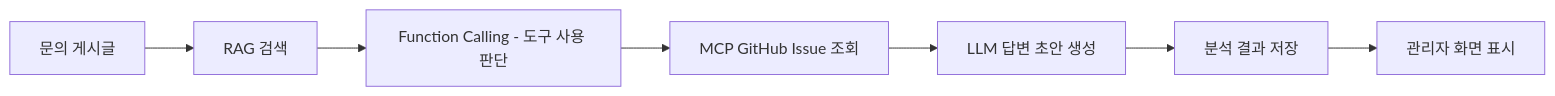
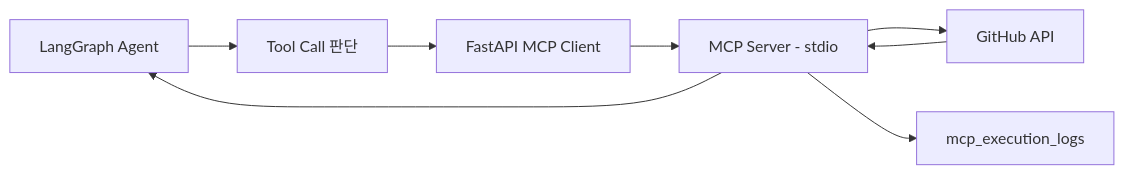
One commit to binny0x00/ai-sw-fullstack-note changed the second of 3 diagrams in README.md. Above: the diagram before and after it, drawn with Mermaid. The commit also changed other lines of this file and 8 other files, not shown here.

````diff
--- a/README.md
+++ b/README.md
@@ -108,9 +144,10 @@
 ```mermaid
 flowchart LR
-    Inquiry["문의 게시글"] --> Rag["RAG 검색"]
-    Rag --> ToolPlan["Function Calling - 도구 사용 판단"]
-    ToolPlan --> Mcp["MCP GitHub Issue 조회"]
-    Mcp --> Draft["LLM 답변 초안 생성"]
-    Draft --> Save["분석 결과 저장"]
-    Save --> Admin["관리자 화면 표시"]
+    Agent["LangGraph Agent"] --> Plan["Tool Call 판단"]
+    Plan --> McpClient["FastAPI MCP Client"]
+    McpClient --> McpServer["MCP Server - stdio"]
+    McpServer --> GitHub["GitHub API"]
+    GitHub --> McpServer
+    McpServer --> Log["mcp_execution_logs"]
+    McpServer --> Agent
 ```
````
